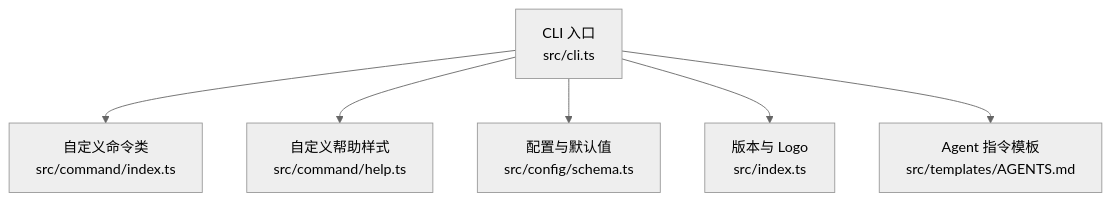
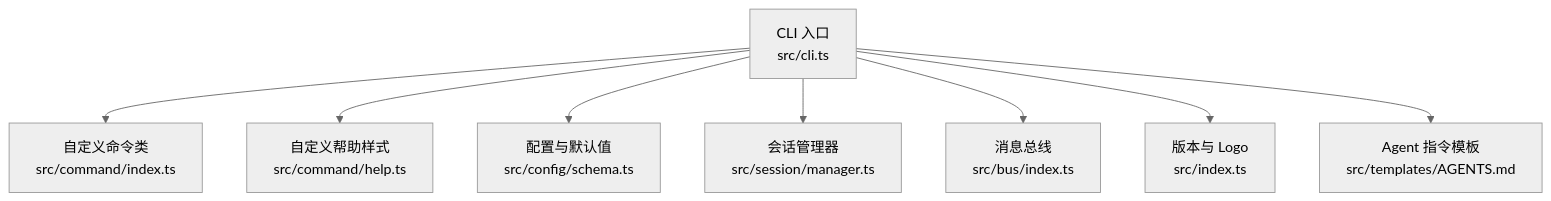
Before and after one commit to neciszhang/batbot: the first of 7 diagrams in .qoder/repowiki/zh/content/命令参考手册/代理命令 (agent).md, drawn with Mermaid (neutral theme). The commit also changed other lines of this file and 13 other files, not shown here.

````diff
--- a/.qoder/repowiki/zh/content/命令参考手册/代理命令 (agent).md
+++ b/.qoder/repowiki/zh/content/命令参考手册/代理命令 (agent).md
@@ -38,8 +42,10 @@
 ```mermaid
 graph TB
 CLI["CLI 入口<br/>src/cli.ts"] --> CMD["自定义命令类<br/>src/command/index.ts"]
 CLI --> HELP["自定义帮助样式<br/>src/command/help.ts"]
 CLI --> CFG["配置与默认值<br/>src/config/schema.ts"]
+CLI --> SES["会话管理器<br/>src/session/manager.ts"]
+CLI --> BUS["消息总线<br/>src/bus/index.ts"]
 CLI --> VER["版本与 Logo<br/>src/index.ts"]
 CLI --> TPL["Agent 指令模板<br/>src/templates/AGENTS.md"]
 ```
````
